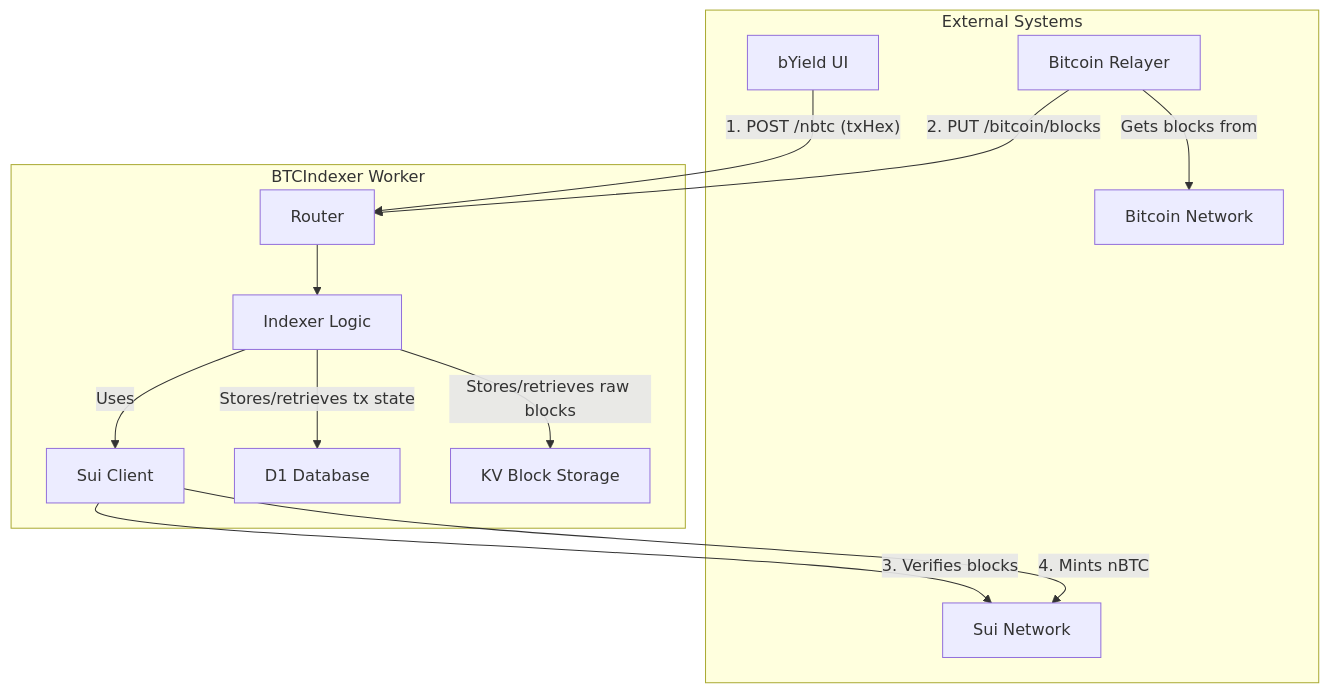
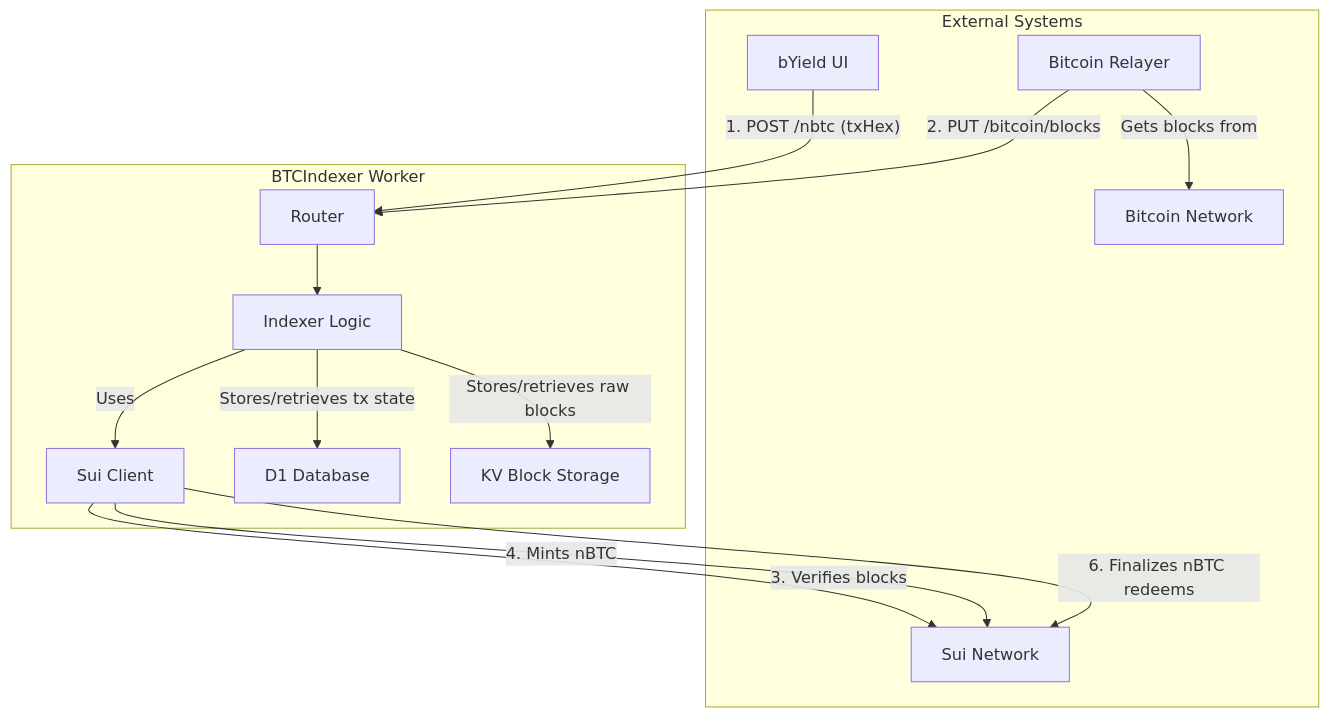
Before and after one commit to gonative-cc/workers: the first of 2 diagrams in packages/btcindexer/README.md, drawn with Mermaid. The commit also changed other lines of this file and 1 other file, not shown here.

````diff
--- a/packages/btcindexer/README.md
+++ b/packages/btcindexer/README.md
@@ -10,30 +10,31 @@
 ```mermaid
 graph TD
     subgraph "External Systems"
         UI[bYield UI]
         Relayer[Bitcoin Relayer]
         Bitcoin[Bitcoin Network]
         Sui[Sui Network]
     end
 
     subgraph "BTCIndexer Worker"
         Router[Router]
         Indexer[Indexer Logic]
         SuiClient[Sui Client]
         DB[D1 Database]
         BlockStore[KV Block Storage]
     end
 
     UI -- "1. POST /nbtc (txHex)" --> Router
     Relayer -- "2. PUT /bitcoin/blocks" --> Router
     Relayer -- "Gets blocks from" --> Bitcoin
 
     Router --> Indexer
 
     Indexer -- "Stores/retrieves tx state" --> DB
     Indexer -- "Stores/retrieves raw blocks" --> BlockStore
     Indexer -- "Uses" --> SuiClient
 
     SuiClient -- "3. Verifies blocks" --> Sui
     SuiClient -- "4. Mints nBTC" --> Sui
+    SuiClient -- "6. Finalizes nBTC redeems" --> Sui
 ```
````
